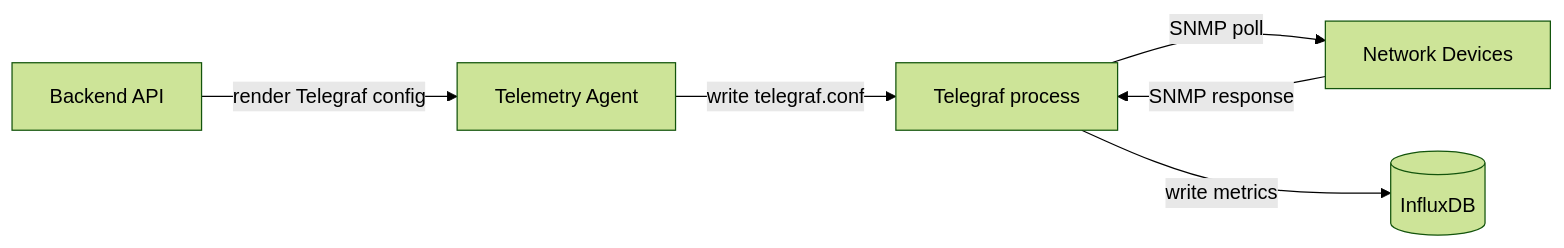
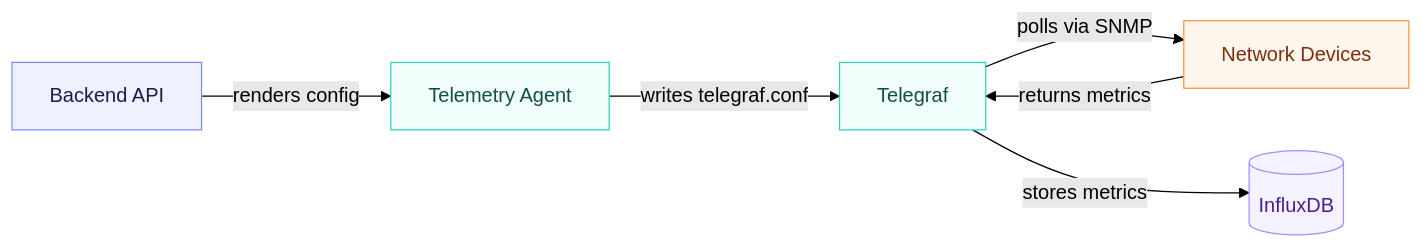
The second of 3 diagrams in docs/components/agents.md (acex-labs/acex), drawn with Mermaid (forest theme) before and after one commit.

Commit message:
docs: style telemetry agent flowchart with node classes

````diff
--- a/docs/components/agents.md
+++ b/docs/components/agents.md
@@ -78,8 +78,18 @@
 ```mermaid
 flowchart LR
-    BE[Backend API] -->|render Telegraf config| TA[Telemetry Agent]
-    TA -->|write telegraf.conf| TG[Telegraf process]
-    TG -->|SNMP poll| DEV[Network Devices]
-    DEV -->|SNMP response| TG
-    TG -->|write metrics| IDB[(InfluxDB)]
+    BE["Backend API"] -->|"renders config"| TA["Telemetry Agent"]
+    TA -->|"writes telegraf.conf"| TG["Telegraf"]
+    TG -->|"polls via SNMP"| DEV["Network Devices"]
+    DEV -->|"returns metrics"| TG
+    TG -->|"stores metrics"| IDB[("InfluxDB")]
+
+    classDef service fill:#eef2ff,stroke:#818cf8,color:#1e1b4b
+    classDef agent fill:#f0fdfa,stroke:#2dd4bf,color:#134e4a
+    classDef device fill:#fff7ed,stroke:#fb923c,color:#7c2d12
+    classDef database fill:#f5f3ff,stroke:#a78bfa,color:#4c1d95
+
+    class BE service
+    class TA,TG agent
+    class DEV device
+    class IDB database
 ```
````
